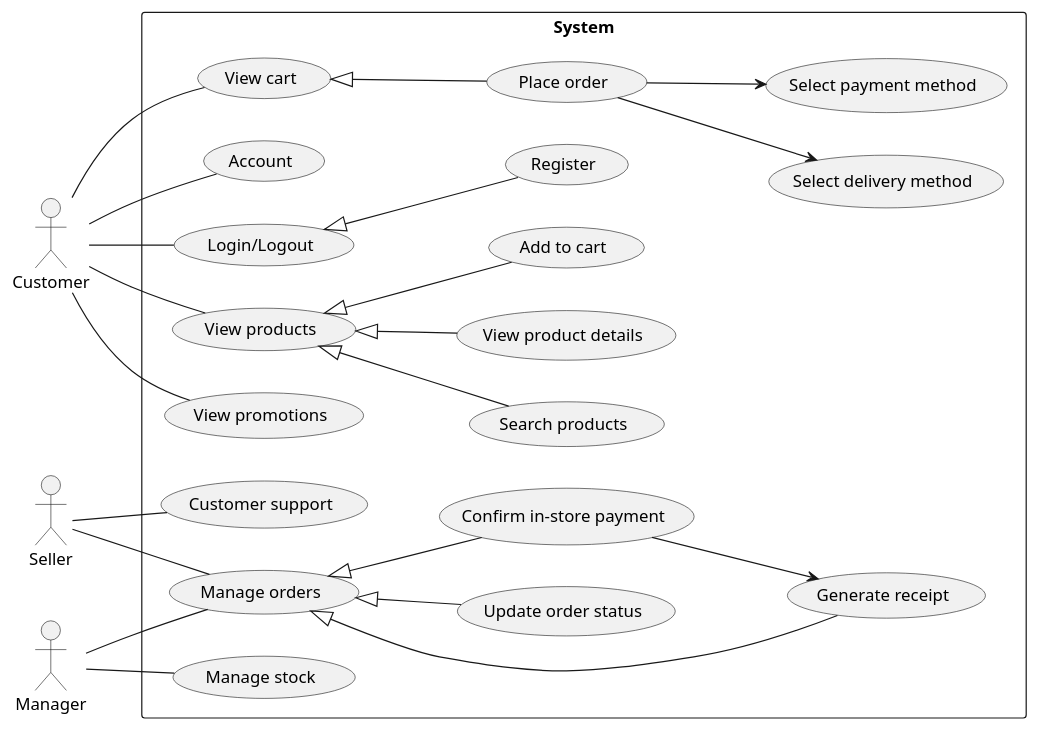
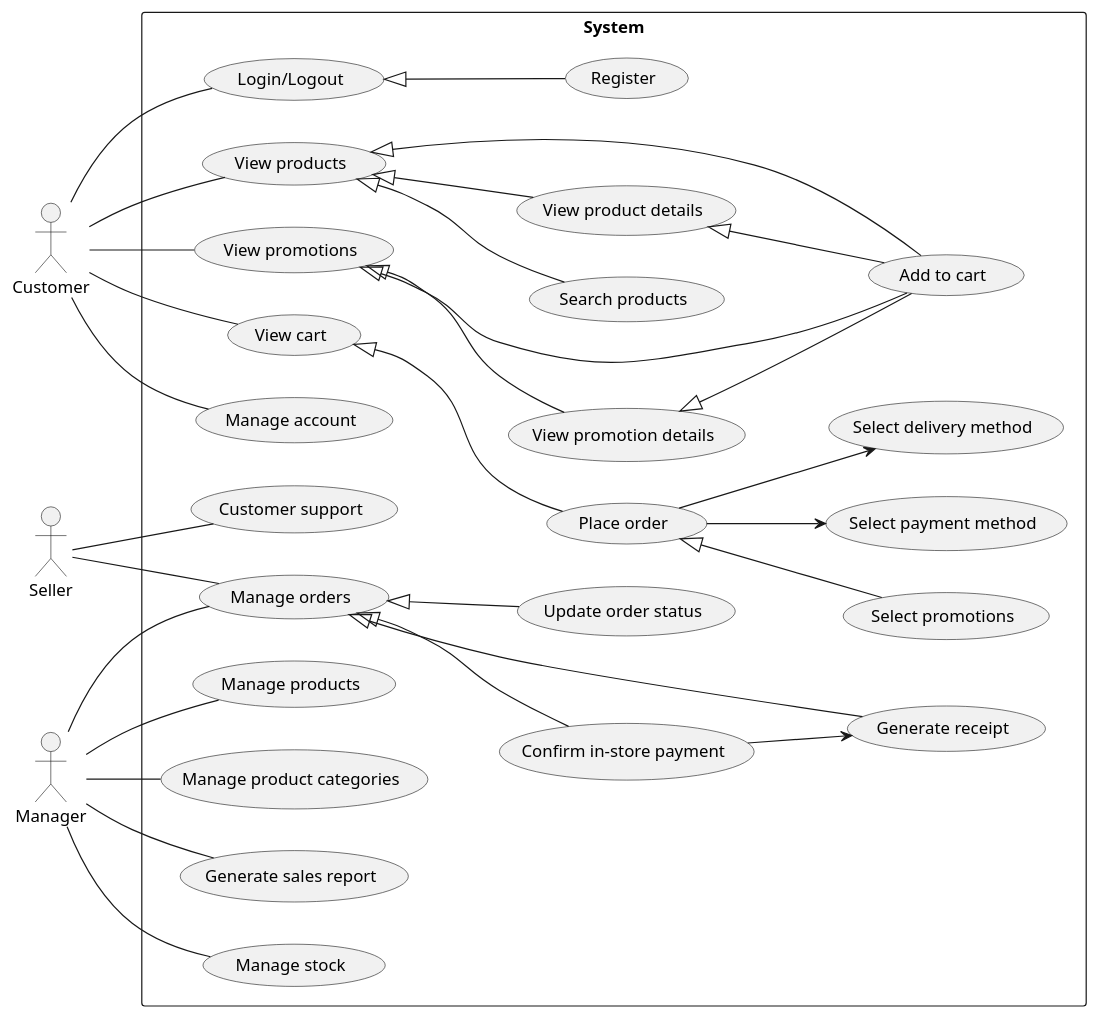
One commit to phihungha/SE357-Practice-class changed the diagram in Lab1/Lab1.2/use-cases.plantuml. Above: the diagram before and after it, drawn with PlantUML.

Commit message:
Add more use cases

```diff
--- a/Lab1/Lab1.2/use-cases.plantuml
+++ b/Lab1/Lab1.2/use-cases.plantuml
@@ -1,33 +1,42 @@
 @startuml UseCases
 left to right direction
 :Customer: as c
 :Seller: as s
 :Manager: as m
 
 rectangle System {
     c -- (View products)
     (View products) <|-- (Search products)
     (View products) <|-- (View product details)
     (View products) <|-- (Add to cart)
+    (View product details) <|-- (Add to cart)
+
     c -- (View promotions)
+    (View promotions) <|-- (Add to cart)
+    (View promotions) <|-- (View promotion details)
+    (View promotion details) <|-- (Add to cart)
 
     c -- (View cart)
     (View cart) <|-- (Place order)
     (Place order) --> (Select payment method)
     (Place order) --> (Select delivery method)
+    (Place order) <|-- (Select promotions)
 
-    c -- (Account)
+    c -- (Manage account)
     c -- (Login/Logout)
     (Login/Logout) <|-- (Register)
 
     s -- (Manage orders)
     m -- (Manage orders)
     (Manage orders) <|-- (Update order status)
     (Manage orders) <|-- (Confirm in-store payment)
     (Confirm in-store payment) --> (Generate receipt)
     (Manage orders) <|-- (Generate receipt)
     s -- (Customer support)
 
     m -- (Manage stock)
+    m -- (Manage products)
+    m -- (Manage product categories)
+    m -- (Generate sales report)
 }
 @enduml
```
